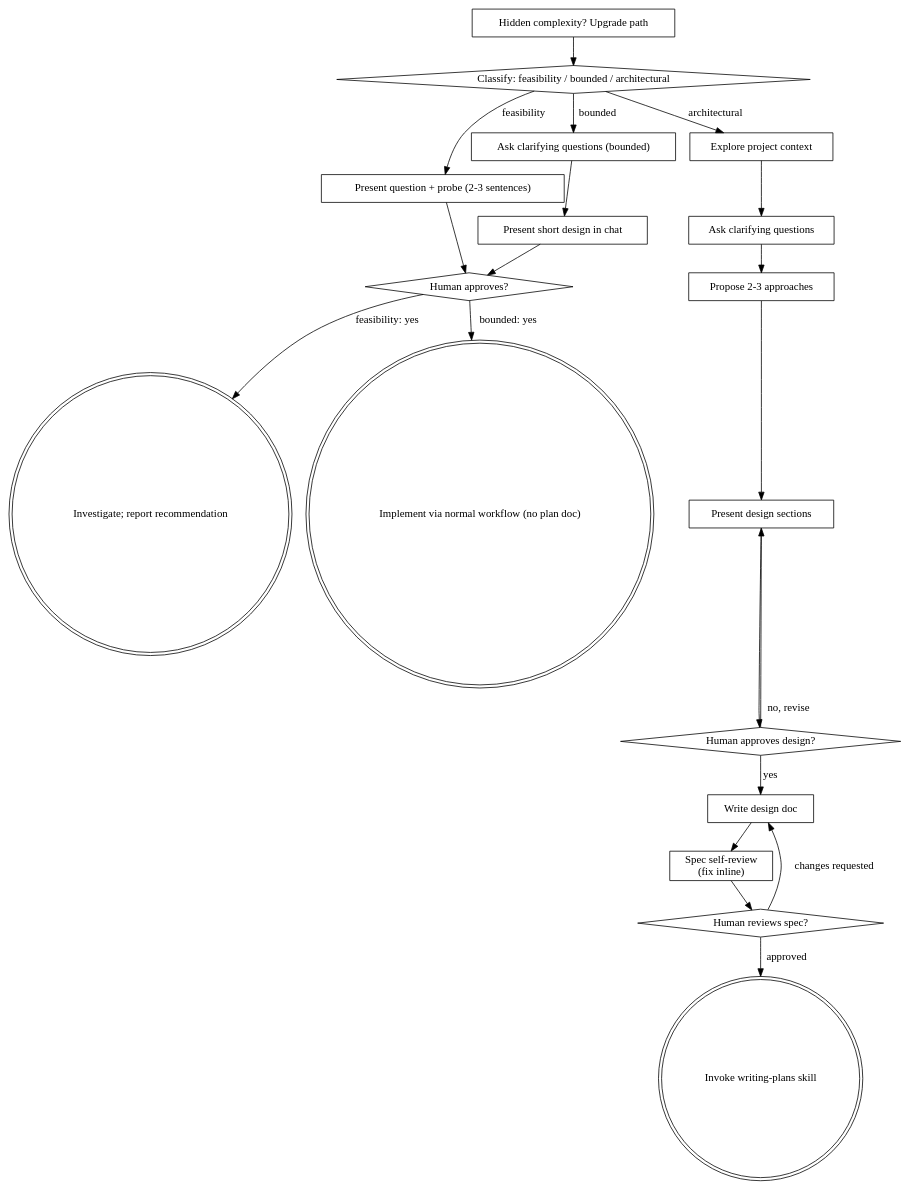
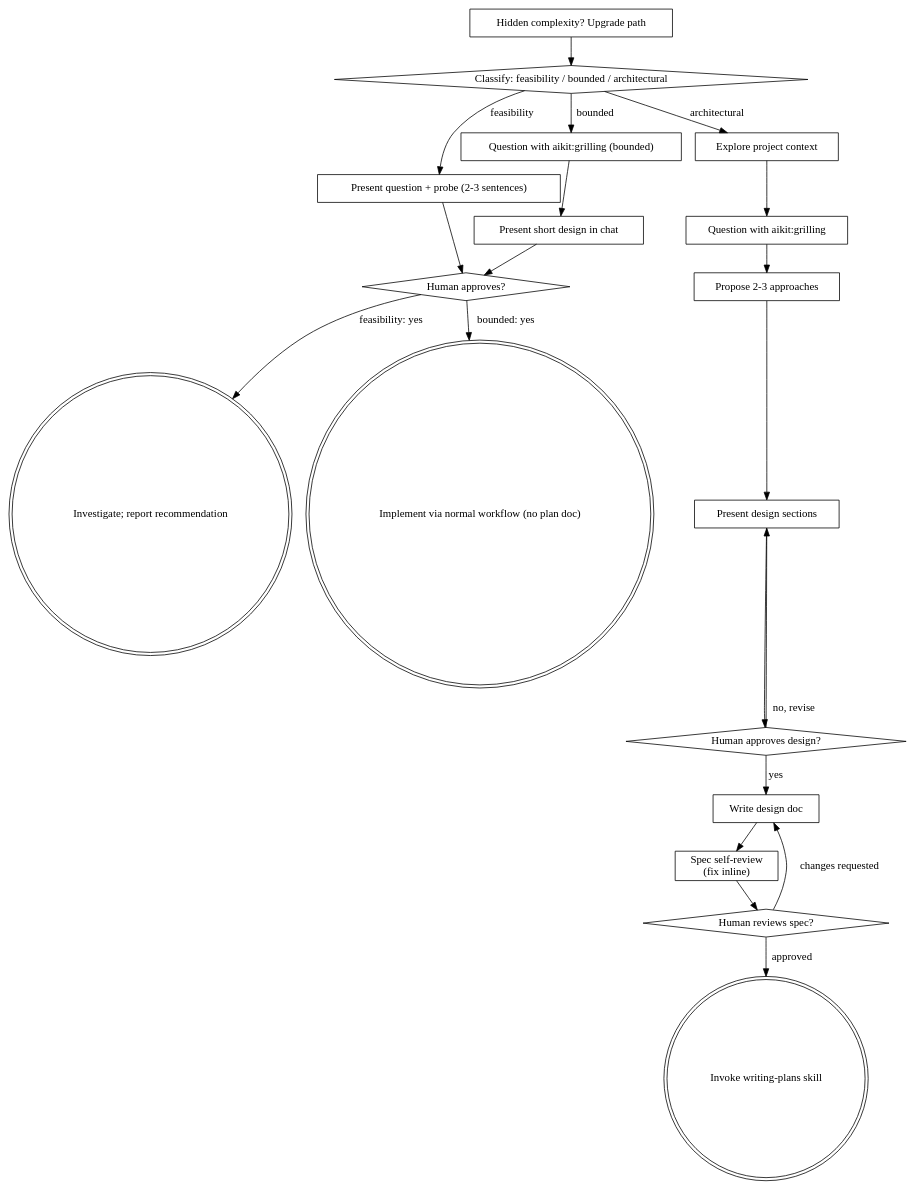
Before and after one commit to Athyrr/aikit: the diagram in skills/designing-the-solution/SKILL.md, drawn with Graphviz. The commit also changed other lines of this file, not shown here.

First line of the commit message:
designing-the-solution: acheve le balayage grilling - contradiction supprimee, graphe et repetitions nettoyes

````diff
--- a/skills/designing-the-solution/SKILL.md
+++ b/skills/designing-the-solution/SKILL.md
@@ -116,41 +113,41 @@
 ```dot
 digraph designing_the_solution {
     "Classify: feasibility / bounded / architectural" [shape=diamond];
     "Present question + probe (2-3 sentences)" [shape=box];
-    "Ask clarifying questions (bounded)" [shape=box];
+    "Question with aikit:grilling (bounded)" [shape=box];
     "Present short design in chat" [shape=box];
     "Human approves?" [shape=diamond];
     "Investigate; report recommendation" [shape=doublecircle];
     "Implement via normal workflow (no plan doc)" [shape=doublecircle];
     "Explore project context" [shape=box];
-    "Ask clarifying questions" [shape=box];
+    "Question with aikit:grilling" [shape=box];
     "Propose 2-3 approaches" [shape=box];
     "Present design sections" [shape=box];
     "Human approves design?" [shape=diamond];
     "Write design doc" [shape=box];
     "Spec self-review\n(fix inline)" [shape=box];
     "Human reviews spec?" [shape=diamond];
     "Invoke writing-plans skill" [shape=doublecircle];
     "Hidden complexity? Upgrade path" [shape=box];
 
     "Classify: feasibility / bounded / architectural" -> "Present question + probe (2-3 sentences)" [label="feasibility"];
-    "Classify: feasibility / bounded / architectural" -> "Ask clarifying questions (bounded)" [label="bounded"];
+    "Classify: feasibility / bounded / architectural" -> "Question with aikit:grilling (bounded)" [label="bounded"];
     "Classify: feasibility / bounded / architectural" -> "Explore project context" [label="architectural"];
     "Present question + probe (2-3 sentences)" -> "Human approves?";
-    "Ask clarifying questions (bounded)" -> "Present short design in chat";
+    "Question with aikit:grilling (bounded)" -> "Present short design in chat";
     "Present short design in chat" -> "Human approves?";
     "Human approves?" -> "Investigate; report recommendation" [label="feasibility: yes"];
     "Human approves?" -> "Implement via normal workflow (no plan doc)" [label="bounded: yes"];
     "Hidden complexity? Upgrade path" -> "Classify: feasibility / bounded / architectural";
-    "Explore project context" -> "Ask clarifying questions";
-    "Ask clarifying questions" -> "Propose 2-3 approaches";
+    "Explore project context" -> "Question with aikit:grilling";
+    "Question with aikit:grilling" -> "Propose 2-3 approaches";
     "Propose 2-3 approaches" -> "Present design sections";
     "Present design sections" -> "Human approves design?";
     "Human approves design?" -> "Present design sections" [label="no, revise"];
     "Human approves design?" -> "Write design doc" [label="yes"];
     "Write design doc" -> "Spec self-review\n(fix inline)";
     "Spec self-review\n(fix inline)" -> "Human reviews spec?";
     "Human reviews spec?" -> "Write design doc" [label="changes requested"];
     "Human reviews spec?" -> "Invoke writing-plans skill" [label="approved"];
 }
 ```
````
